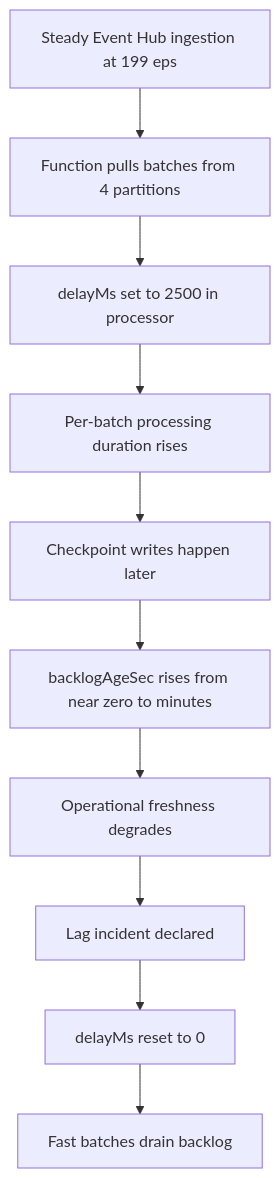
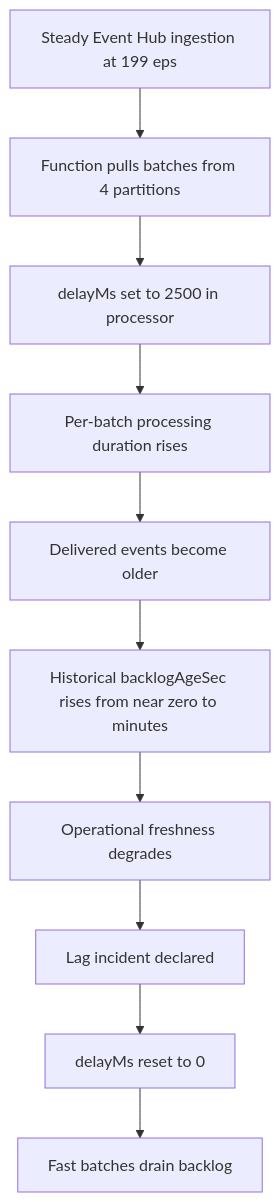
One commit to yeongseon/azure-functions-practical-guide changed the first of 5 diagrams in docs/troubleshooting/lab-guides/event-hub-checkpoint-lag.md. Above: the diagram before and after it, drawn with Mermaid. The commit also changed other lines of this file and 2 other files, not shown here.

Commit message:
fix(eventhubs): stop reporting synthetic zero checkpoint lag (#174)

````diff
--- a/docs/troubleshooting/lab-guides/event-hub-checkpoint-lag.md
+++ b/docs/troubleshooting/lab-guides/event-hub-checkpoint-lag.md
@@ -116,12 +125,12 @@
 ```mermaid
 flowchart TD
     A[Steady Event Hub ingestion at 199 eps] --> B[Function pulls batches from 4 partitions]
     B --> C[delayMs set to 2500 in processor]
     C --> D[Per-batch processing duration rises]
-    D --> E[Checkpoint writes happen later]
-    E --> F[backlogAgeSec rises from near zero to minutes]
+    D --> E[Delivered events become older]
+    E --> F[Historical backlogAgeSec rises from near zero to minutes]
     F --> G[Operational freshness degrades]
     G --> H[Lag incident declared]
     H --> I[delayMs reset to 0]
     I --> J[Fast batches drain backlog]
 ```
````
